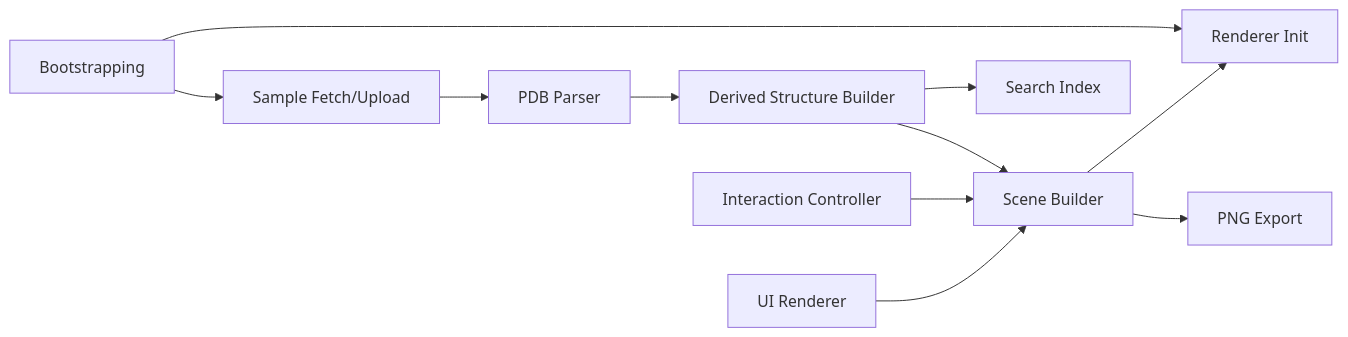
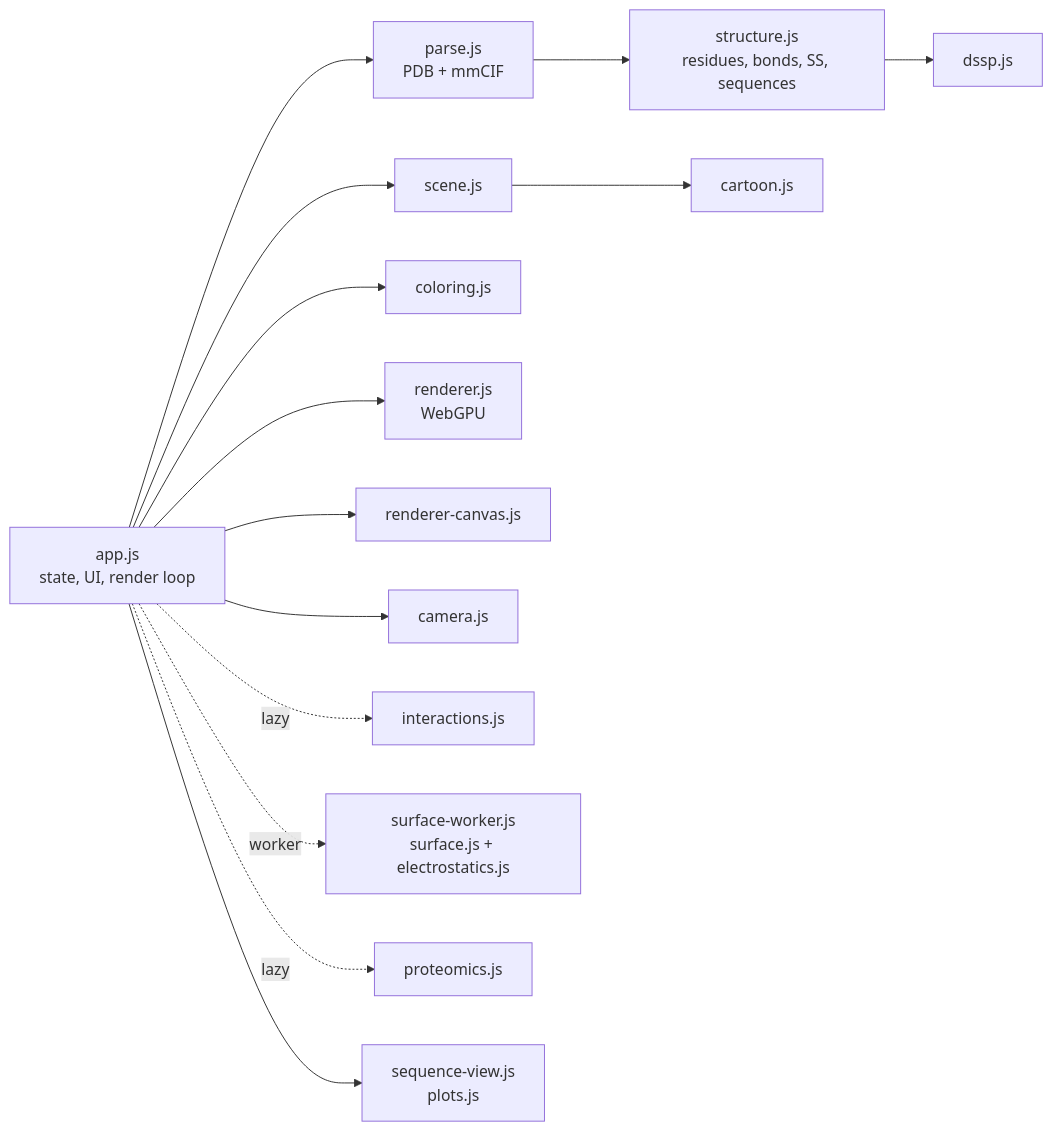
One commit to robert-mcdermott/proteoscope changed the second of 3 diagrams in proteoscope-spec/design.md. Above: the diagram before and after it, drawn with Mermaid. The commit also changed other lines of this file and 47 other files, not shown here.

First line of the commit message:
Rebuild renderer and add analysis, AlphaFold and proteomics tools

````diff
--- a/proteoscope-spec/design.md
+++ b/proteoscope-spec/design.md
@@ -154,24 +62,28 @@
 ```mermaid
 graph LR
-    Boot[Bootstrapping]
-    GPU[Renderer Init]
-    Fetch[Sample Fetch/Upload]
-    Parse[PDB Parser]
-    Derive[Derived Structure Builder]
-    Scene[Scene Builder]
-    Interact[Interaction Controller]
-    Search[Search Index]
-    UI[UI Renderer]
-    Export[PNG Export]
+    App[app.js<br/>state, UI, render loop]
+    Parse[parse.js<br/>PDB + mmCIF]
+    Structure[structure.js<br/>residues, bonds, SS, sequences]
+    DSSP[dssp.js]
+    Cartoon[cartoon.js]
+    Scene[scene.js]
+    Color[coloring.js]
+    Renderer[renderer.js<br/>WebGPU]
+    Canvas[renderer-canvas.js]
+    Camera[camera.js]
+    Interactions[interactions.js]
+    Surface[surface-worker.js<br/>surface.js + electrostatics.js]
+    Proteomics[proteomics.js]
+    Views[sequence-view.js<br/>plots.js]
 
-    Boot --> GPU
-    Boot --> Fetch
-    Fetch --> Parse
-    Parse --> Derive
-    Derive --> Search
-    Derive --> Scene
-    Interact --> Scene
-    UI --> Scene
-    Scene --> GPU
-    Scene --> Export
+    App --> Parse --> Structure --> DSSP
+    App --> Scene --> Cartoon
+    App --> Color
+    App --> Renderer
+    App --> Canvas
+    App --> Camera
+    App -. lazy .-> Interactions
+    App -. worker .-> Surface
+    App -. lazy .-> Proteomics
+    App --> Views
 ```
````
